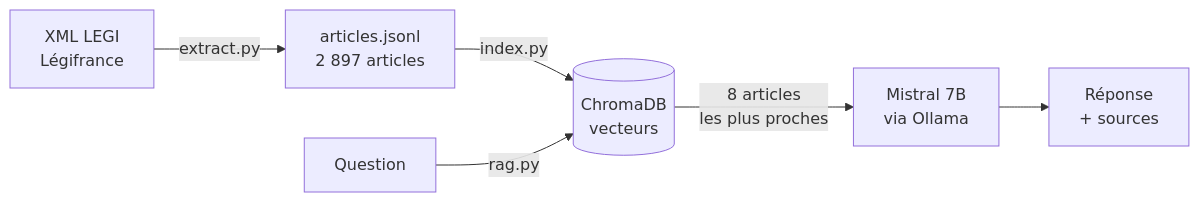
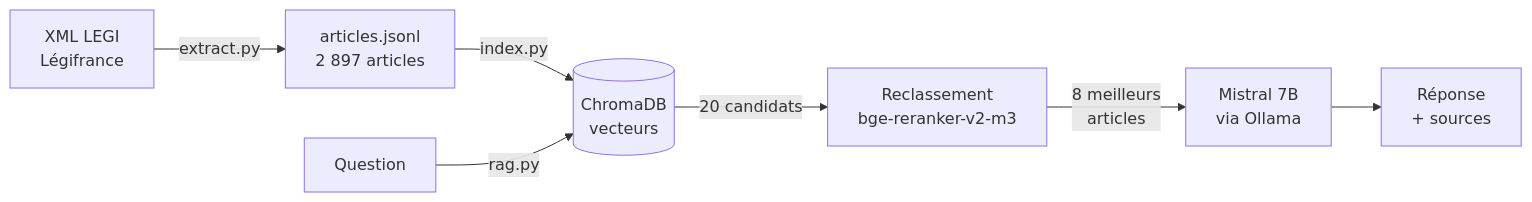
One commit to AmineAmghar1705/Rag-Lois changed the diagram in README.md. Above: the diagram before and after it, drawn with Mermaid. The commit also changed other lines of this file, not shown here.

First line of the commit message:
README : évaluation sur 47 questions, titres et reclassement

````diff
--- a/README.md
+++ b/README.md
@@ -10,8 +10,9 @@
 ```mermaid
 flowchart LR
     A[XML LEGI<br/>Légifrance] -->|extract.py| B[articles.jsonl<br/>2 897 articles]
     B -->|index.py| C[(ChromaDB<br/>vecteurs)]
     Q[Question] -->|rag.py| C
-    C -->|8 articles<br/>les plus proches| M[Mistral 7B<br/>via Ollama]
+    C -->|20 candidats| X[Reclassement<br/>bge-reranker-v2-m3]
+    X -->|8 meilleurs<br/>articles| M[Mistral 7B<br/>via Ollama]
     M --> R[Réponse<br/>+ sources]
 ```
````
